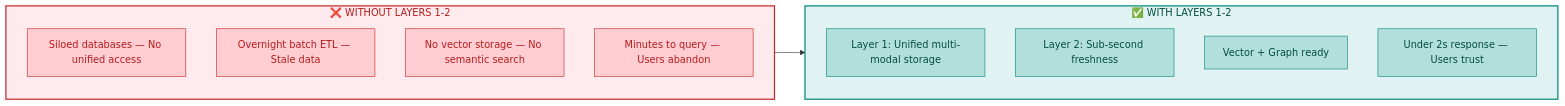
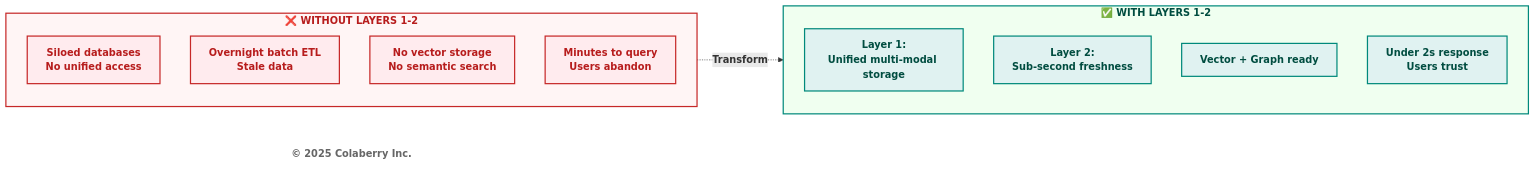
One commit to saitejesh-cyber/trust-before-intelligence-book changed the first of 11 diagrams in manuscript/chapter_4_foundation_layers_v4_1.md. Above: the diagram before and after it, drawn with Mermaid. The commit also changed other lines of this file and 52 other files, not shown here.

````diff
--- a/manuscript/chapter_4_foundation_layers_v4_1.md
+++ b/manuscript/chapter_4_foundation_layers_v4_1.md
@@ -15,29 +15,32 @@
 ```mermaid
-graph LR
-    subgraph BEFORE["❌ WITHOUT LAYERS 1-2"]
-        B1["Siloed databases — No unified access"]
-        B2["Overnight batch ETL — Stale data"]
-        B3["No vector storage — No semantic search"]
-        B4["Minutes to query — Users abandon"]
+flowchart LR
+    subgraph WITHOUT["<b>❌ WITHOUT LAYERS 1-2</b>"]
+        W1["<b>Siloed databases</b><br/><b>No unified access</b>"]
+        W2["<b>Overnight batch ETL</b><br/><b>Stale data</b>"]
+        W3["<b>No vector storage</b><br/><b>No semantic search</b>"]
+        W4["<b>Minutes to query</b><br/><b>Users abandon</b>"]
     end
-    
-    subgraph AFTER["✅ WITH LAYERS 1-2"]
-        A1["Layer 1: Unified multi-modal storage"]
-        A2["Layer 2: Sub-second freshness"]
-        A3["Vector + Graph ready"]
-        A4["Under 2s response — Users trust"]
+
+    subgraph WITH["<b>✅ WITH LAYERS 1-2</b>"]
+        L1["<b>Layer 1:</b><br/><b>Unified multi-modal storage</b>"]
+        L2["<b>Layer 2:</b><br/><b>Sub-second freshness</b>"]
+        V["<b>Vector + Graph ready</b>"]
+        T["<b>Under 2s response</b><br/><b>Users trust</b>"]
     end
-    
-    BEFORE --> AFTER
-    
-    style BEFORE fill:#ffebee,stroke:#c62828,stroke-width:2px,color:#b71c1c
-    style AFTER fill:#e0f2f1,stroke:#00897b,stroke-width:2px,color:#004d40
-    style B1 fill:#ffcdd2,stroke:#c62828,color:#b71c1c
-    style B2 fill:#ffcdd2,stroke:#c62828,color:#b71c1c
-    style B3 fill:#ffcdd2,stroke:#c62828,color:#b71c1c
-    style B4 fill:#ffcdd2,stroke:#c62828,color:#b71c1c
-    style A1 fill:#b2dfdb,stroke:#00897b,color:#004d40
-    style A2 fill:#b2dfdb,stroke:#00897b,color:#004d40
-    style A3 fill:#b2dfdb,stroke:#00897b,color:#004d40
-    style A4 fill:#b2dfdb,stroke:#00897b,color:#004d40
+
+    Copyright["<b>© 2025 Colaberry Inc.</b>"]
+
+    WITHOUT -.->|"<b>Transform</b>"| WITH
+
+    style WITHOUT fill:#fff5f5,stroke:#c62828,stroke-width:2px,color:#b71c1c
+    style W1 fill:#ffebee,stroke:#c62828,stroke-width:2px,color:#b71c1c
+    style W2 fill:#ffebee,stroke:#c62828,stroke-width:2px,color:#b71c1c
+    style W3 fill:#ffebee,stroke:#c62828,stroke-width:2px,color:#b71c1c
+    style W4 fill:#ffebee,stroke:#c62828,stroke-width:2px,color:#b71c1c
+    style WITH fill:#f0fff0,stroke:#00897b,stroke-width:2px,color:#004d40
+    style L1 fill:#e0f2f1,stroke:#00897b,stroke-width:2px,color:#004d40
+    style L2 fill:#e0f2f1,stroke:#00897b,stroke-width:2px,color:#004d40
+    style V fill:#e0f2f1,stroke:#00897b,stroke-width:2px,color:#004d40
+    style T fill:#e0f2f1,stroke:#00897b,stroke-width:2px,color:#004d40
+    style Copyright fill:#ffffff,stroke:none,color:#666666
 ```
````
